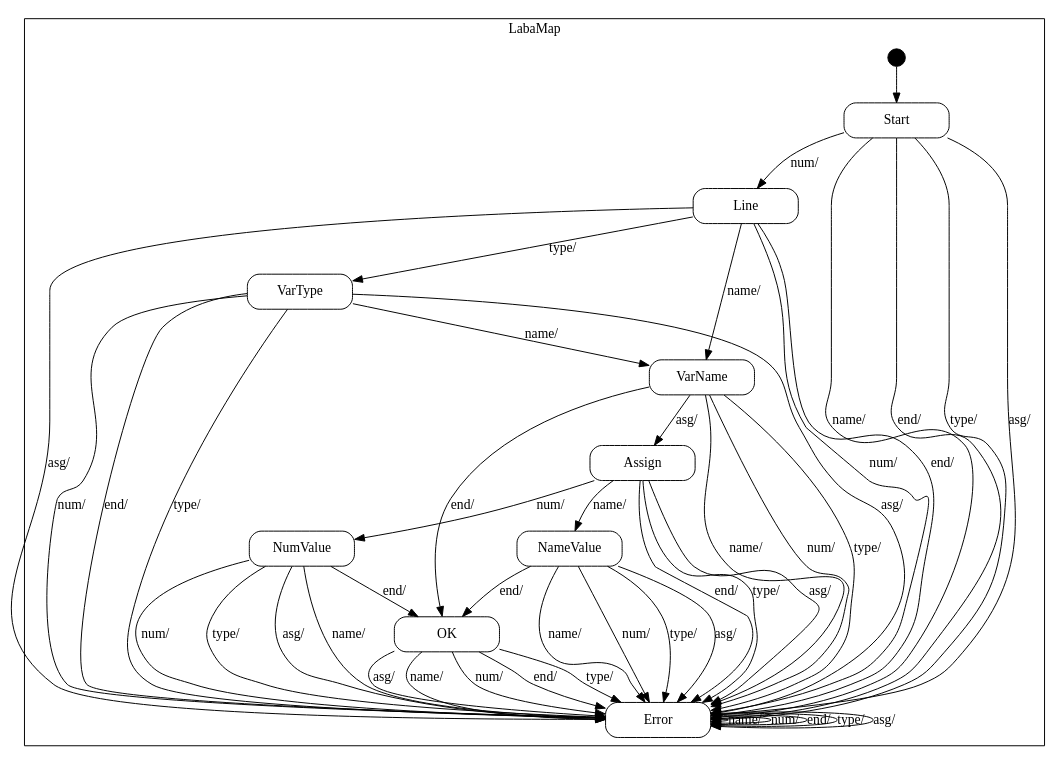
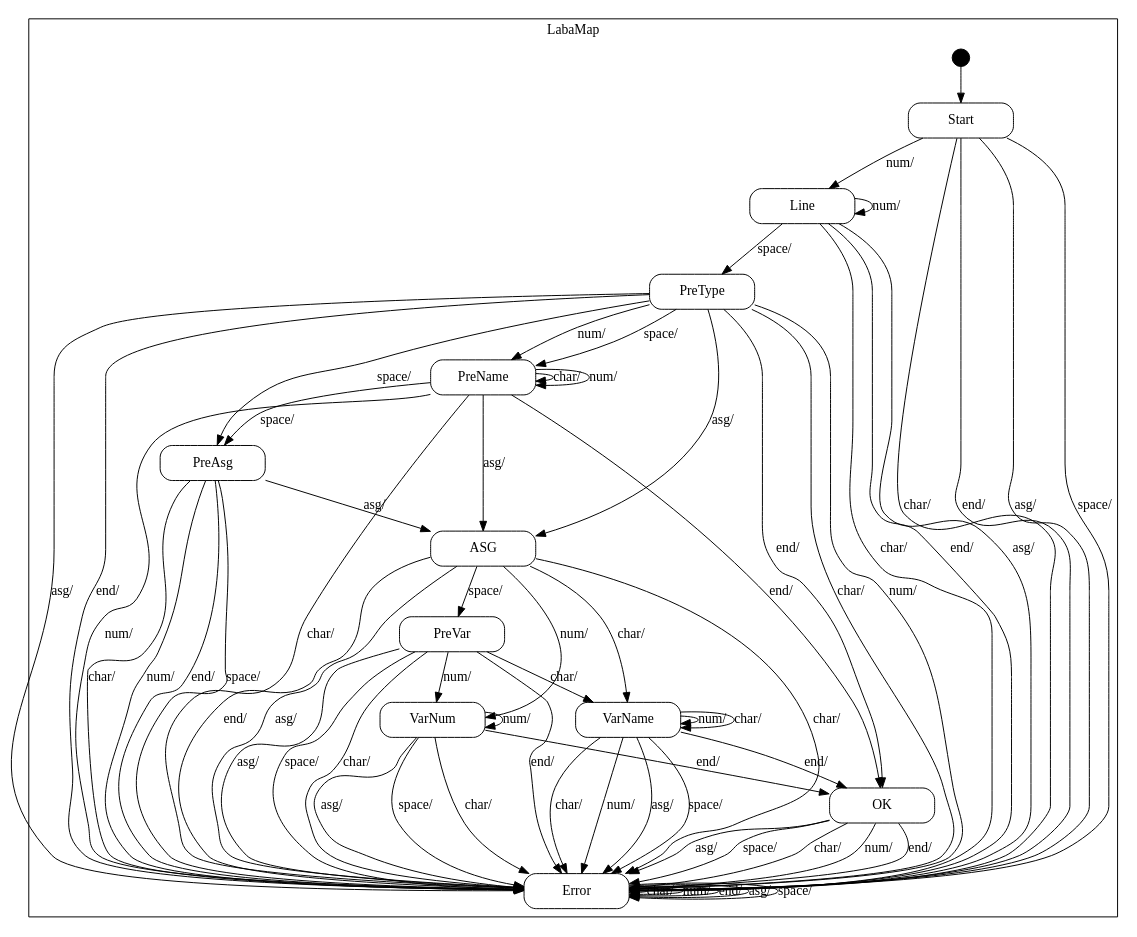
The diagram in laba/utils/laba1_sm.dot (KPEdit/AT_lab1), drawn with Graphviz before and after one commit. The commit also changed 83 other files, not shown here.

```diff
--- a/laba/utils/laba1_sm.dot
+++ b/laba/utils/laba1_sm.dot
@@ -17,20 +17,26 @@
         "LabaMap::Line"
             [label="{Line}"];
 
+        "LabaMap::PreType"
+            [label="{PreType}"];
+
+        "LabaMap::PreName"
+            [label="{PreName}"];
+
+        "LabaMap::PreAsg"
+            [label="{PreAsg}"];
+
+        "LabaMap::ASG"
+            [label="{ASG}"];
+
+        "LabaMap::PreVar"
+            [label="{PreVar}"];
+
+        "LabaMap::VarNum"
+            [label="{VarNum}"];
+
         "LabaMap::VarName"
             [label="{VarName}"];
-
-        "LabaMap::VarType"
-            [label="{VarType}"];
-
-        "LabaMap::Assign"
-            [label="{Assign}"];
-
-        "LabaMap::NumValue"
-            [label="{NumValue}"];
-
-        "LabaMap::NameValue"
-            [label="{NameValue}"];
 
         "LabaMap::OK"
             [label="{OK}"];
@@ -49,25 +55,25 @@
             [label="num/\l"];
 
         "LabaMap::Start" -> "LabaMap::Error"
-            [label="name/\l"];
+            [label="char/\l"];
 
         "LabaMap::Start" -> "LabaMap::Error"
             [label="end/\l"];
 
         "LabaMap::Start" -> "LabaMap::Error"
-            [label="type/\l"];
+            [label="asg/\l"];
 
         "LabaMap::Start" -> "LabaMap::Error"
-            [label="asg/\l"];
+            [label="space/\l"];
 
-        "LabaMap::Line" -> "LabaMap::VarType"
-            [label="type/\l"];
+        "LabaMap::Line" -> "LabaMap::Line"
+            [label="num/\l"];
 
-        "LabaMap::Line" -> "LabaMap::VarName"
-            [label="name/\l"];
+        "LabaMap::Line" -> "LabaMap::PreType"
+            [label="space/\l"];
 
         "LabaMap::Line" -> "LabaMap::Error"
-            [label="num/\l"];
+            [label="char/\l"];
 
         "LabaMap::Line" -> "LabaMap::Error"
             [label="end/\l"];
@@ -75,83 +81,143 @@
         "LabaMap::Line" -> "LabaMap::Error"
             [label="asg/\l"];
 
-        "LabaMap::VarName" -> "LabaMap::Assign"
+        "LabaMap::PreType" -> "LabaMap::PreName"
+            [label="num/\l"];
+
+        "LabaMap::PreType" -> "LabaMap::PreName"
+            [label="space/\l"];
+
+        "LabaMap::PreType" -> "LabaMap::PreAsg"
+            [label="space/\l"];
+
+        "LabaMap::PreType" -> "LabaMap::Error"
             [label="asg/\l"];
+
+        "LabaMap::PreType" -> "LabaMap::ASG"
+            [label="asg/\l"];
+
+        "LabaMap::PreType" -> "LabaMap::Error"
+            [label="end/\l"];
+
+        "LabaMap::PreType" -> "LabaMap::OK"
+            [label="end/\l"];
+
+        "LabaMap::PreType" -> "LabaMap::Error"
+            [label="char/\l"];
+
+        "LabaMap::PreType" -> "LabaMap::Error"
+            [label="num/\l"];
+
+        "LabaMap::PreName" -> "LabaMap::OK"
+            [label="end/\l"];
+
+        "LabaMap::PreName" -> "LabaMap::ASG"
+            [label="asg/\l"];
+
+        "LabaMap::PreName" -> "LabaMap::PreName"
+            [label="char/\l"];
+
+        "LabaMap::PreName" -> "LabaMap::PreName"
+            [label="num/\l"];
+
+        "LabaMap::PreName" -> "LabaMap::PreAsg"
+            [label="space/\l"];
+
+        "LabaMap::PreName" -> "LabaMap::Error"
+            [label="char/\l"];
+
+        "LabaMap::PreName" -> "LabaMap::Error"
+            [label="num/\l"];
+
+        "LabaMap::PreAsg" -> "LabaMap::ASG"
+            [label="asg/\l"];
+
+        "LabaMap::PreAsg" -> "LabaMap::Error"
+            [label="char/\l"];
+
+        "LabaMap::PreAsg" -> "LabaMap::Error"
+            [label="num/\l"];
+
+        "LabaMap::PreAsg" -> "LabaMap::Error"
+            [label="end/\l"];
+
+        "LabaMap::PreAsg" -> "LabaMap::Error"
+            [label="space/\l"];
+
+        "LabaMap::ASG" -> "LabaMap::PreVar"
+            [label="space/\l"];
+
+        "LabaMap::ASG" -> "LabaMap::VarNum"
+            [label="num/\l"];
+
+        "LabaMap::ASG" -> "LabaMap::VarName"
+            [label="char/\l"];
+
+        "LabaMap::ASG" -> "LabaMap::Error"
+            [label="char/\l"];
+
+        "LabaMap::ASG" -> "LabaMap::Error"
+            [label="end/\l"];
+
+        "LabaMap::ASG" -> "LabaMap::Error"
+            [label="asg/\l"];
+
+        "LabaMap::PreVar" -> "LabaMap::VarNum"
+            [label="num/\l"];
+
+        "LabaMap::PreVar" -> "LabaMap::VarName"
+            [label="char/\l"];
+
+        "LabaMap::PreVar" -> "LabaMap::Error"
+            [label="char/\l"];
+
+        "LabaMap::PreVar" -> "LabaMap::Error"
+            [label="end/\l"];
+
+        "LabaMap::PreVar" -> "LabaMap::Error"
+            [label="asg/\l"];
+
+        "LabaMap::PreVar" -> "LabaMap::Error"
+            [label="space/\l"];
+
+        "LabaMap::VarNum" -> "LabaMap::VarNum"
+            [label="num/\l"];
+
+        "LabaMap::VarNum" -> "LabaMap::OK"
+            [label="end/\l"];
+
+        "LabaMap::VarNum" -> "LabaMap::Error"
+            [label="char/\l"];
+
+        "LabaMap::VarNum" -> "LabaMap::Error"
+            [label="asg/\l"];
+
+        "LabaMap::VarNum" -> "LabaMap::Error"
+            [label="space/\l"];
+
+        "LabaMap::VarName" -> "LabaMap::VarName"
+            [label="num/\l"];
+
+        "LabaMap::VarName" -> "LabaMap::VarName"
+            [label="char/\l"];
 
         "LabaMap::VarName" -> "LabaMap::OK"
             [label="end/\l"];
 
         "LabaMap::VarName" -> "LabaMap::Error"
-            [label="name/\l"];
+            [label="char/\l"];
 
         "LabaMap::VarName" -> "LabaMap::Error"
             [label="num/\l"];
 
         "LabaMap::VarName" -> "LabaMap::Error"
-            [label="type/\l"];
-
-        "LabaMap::VarType" -> "LabaMap::VarName"
-            [label="name/\l"];
-
-        "LabaMap::VarType" -> "LabaMap::Error"
-            [label="num/\l"];
-
-        "LabaMap::VarType" -> "LabaMap::Error"
-            [label="end/\l"];
-
-        "LabaMap::VarType" -> "LabaMap::Error"
-            [label="type/\l"];
-
-        "LabaMap::VarType" -> "LabaMap::Error"
             [label="asg/\l"];
 
-        "LabaMap::Assign" -> "LabaMap::NameValue"
-            [label="name/\l"];
-
-        "LabaMap::Assign" -> "LabaMap::NumValue"
-            [label="num/\l"];
-
-        "LabaMap::Assign" -> "LabaMap::Error"
-            [label="end/\l"];
-
-        "LabaMap::Assign" -> "LabaMap::Error"
-            [label="type/\l"];
-
-        "LabaMap::Assign" -> "LabaMap::Error"
-            [label="asg/\l"];
-
-        "LabaMap::NumValue" -> "LabaMap::OK"
-            [label="end/\l"];
-
-        "LabaMap::NumValue" -> "LabaMap::Error"
-            [label="name/\l"];
-
-        "LabaMap::NumValue" -> "LabaMap::Error"
-            [label="num/\l"];
-
-        "LabaMap::NumValue" -> "LabaMap::Error"
-            [label="type/\l"];
-
-        "LabaMap::NumValue" -> "LabaMap::Error"
-            [label="asg/\l"];
-
-        "LabaMap::NameValue" -> "LabaMap::OK"
-            [label="end/\l"];
-
-        "LabaMap::NameValue" -> "LabaMap::Error"
-            [label="name/\l"];
-
-        "LabaMap::NameValue" -> "LabaMap::Error"
-            [label="num/\l"];
-
-        "LabaMap::NameValue" -> "LabaMap::Error"
-            [label="type/\l"];
-
-        "LabaMap::NameValue" -> "LabaMap::Error"
-            [label="asg/\l"];
+        "LabaMap::VarName" -> "LabaMap::Error"
+            [label="space/\l"];
 
         "LabaMap::OK" -> "LabaMap::Error"
-            [label="name/\l"];
+            [label="char/\l"];
 
         "LabaMap::OK" -> "LabaMap::Error"
             [label="num/\l"];
@@ -160,13 +226,13 @@
             [label="end/\l"];
 
         "LabaMap::OK" -> "LabaMap::Error"
-            [label="type/\l"];
+            [label="asg/\l"];
 
         "LabaMap::OK" -> "LabaMap::Error"
-            [label="asg/\l"];
+            [label="space/\l"];
 
         "LabaMap::Error" -> "LabaMap::Error"
-            [label="name/\l"];
+            [label="char/\l"];
 
         "LabaMap::Error" -> "LabaMap::Error"
             [label="num/\l"];
@@ -175,10 +241,10 @@
             [label="end/\l"];
 
         "LabaMap::Error" -> "LabaMap::Error"
-            [label="type/\l"];
+            [label="asg/\l"];
 
         "LabaMap::Error" -> "LabaMap::Error"
-            [label="asg/\l"];
+            [label="space/\l"];
 
         "%start" -> "LabaMap::Start"
     }
```
